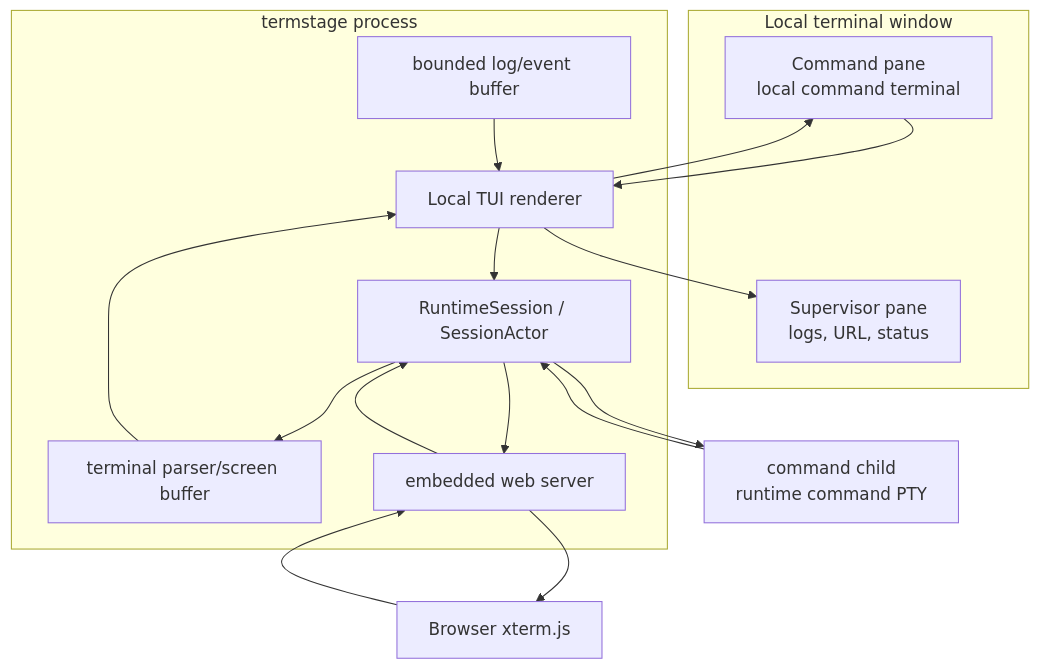
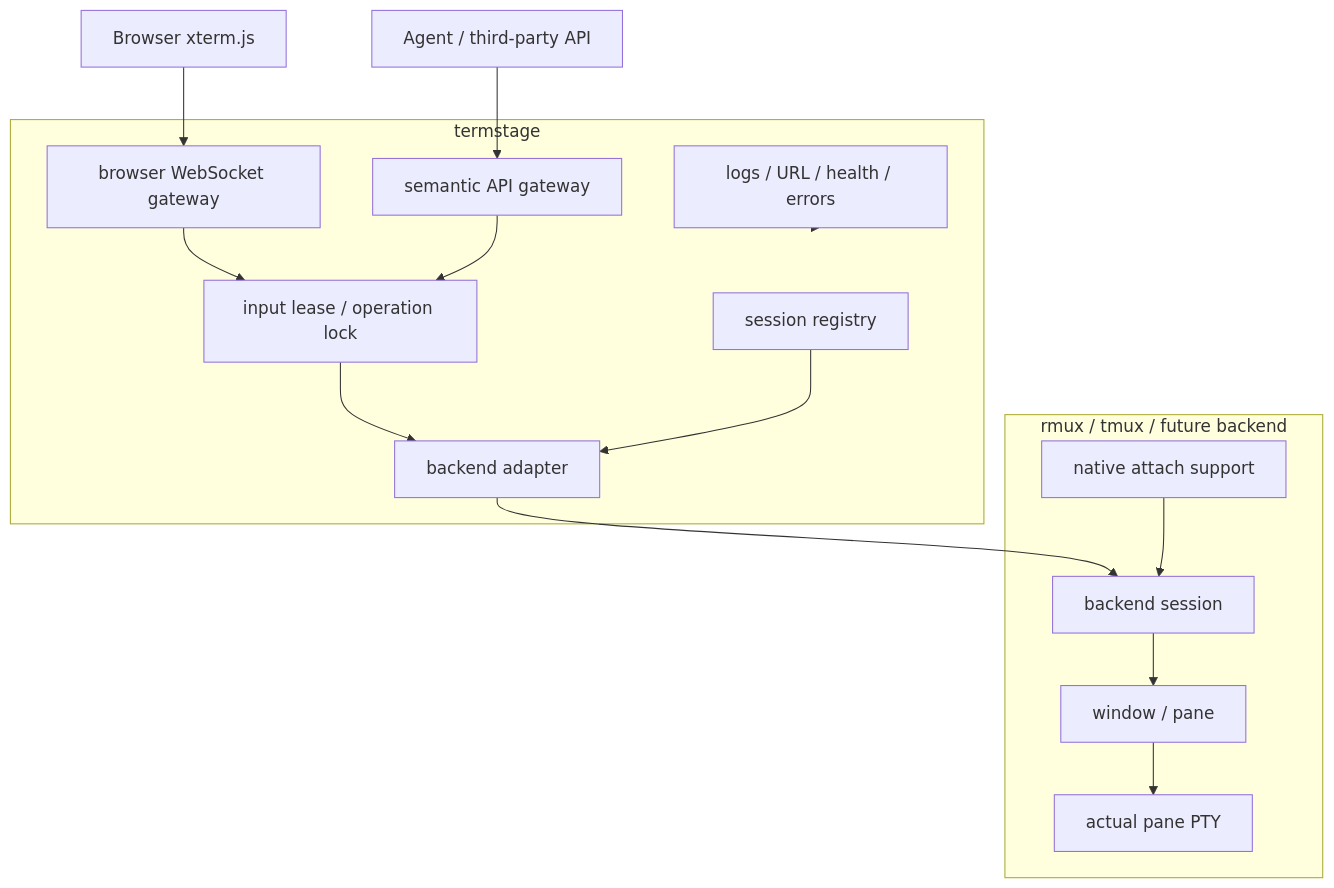
Before and after one commit to tyrchen/termstage: the first of 3 diagrams in specs/23-local-remote-command-lease-design.md, drawn with Mermaid. The commit also changed other lines of this file and 7 other files, not shown here.

Commit message:
Redesign session gateway spec

````diff
--- a/specs/23-local-remote-command-lease-design.md
+++ b/specs/23-local-remote-command-lease-design.md
@@ -99,36 +49,33 @@
 ```mermaid
 flowchart TD
-    subgraph LocalTerminal["Local terminal window"]
-        LogPane["Supervisor pane<br/>logs, URL, status"]
-        CommandPane["Command pane<br/>local command terminal"]
+    Browser["Browser xterm.js"]
+    Agent["Agent / third-party API"]
+
+    subgraph Termstage["termstage"]
+        Registry["session registry"]
+        BrowserGateway["browser WebSocket gateway"]
+        SemanticGateway["semantic API gateway"]
+        Lease["input lease / operation lock"]
+        Adapter["backend adapter"]
+        Supervisor["logs / URL / health / errors"]
     end
 
-    subgraph TermstageProcess["termstage process"]
-        LocalUI["Local TUI renderer"]
-        LogBuffer["bounded log/event buffer"]
-        Parser["terminal parser/screen buffer"]
-        Runtime["RuntimeSession / SessionActor"]
-        Web["embedded web server"]
+    subgraph Backend["rmux / tmux / future backend"]
+        BackendSession["backend session"]
+        Pane["window / pane"]
+        Pty["actual pane PTY"]
+        NativeAttach["native attach support"]
     end
 
-    Browser["Browser xterm.js"]
-    Command["command child<br/>runtime command PTY"]
-
-    LogBuffer --> LocalUI
-    LocalUI --> LogPane
-
-    Runtime --> Parser
-    Parser --> LocalUI
-    LocalUI --> CommandPane
-
-    CommandPane --> LocalUI
-    LocalUI --> Runtime
-
-    Browser --> Web
-    Web --> Runtime
-    Runtime --> Web
-    Web --> Browser
-
-    Runtime --> Command
-    Command --> Runtime
+    Browser --> BrowserGateway
+    Agent --> SemanticGateway
+    BrowserGateway --> Lease
+    SemanticGateway --> Lease
+    Lease --> Adapter
+    Registry --> Adapter
+    Adapter --> BackendSession
+    BackendSession --> Pane
+    Pane --> Pty
+    NativeAttach --> BackendSession
+    Supervisor --> Termstage
 ```
````
